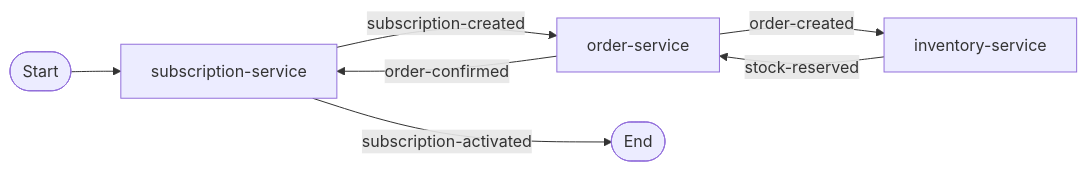
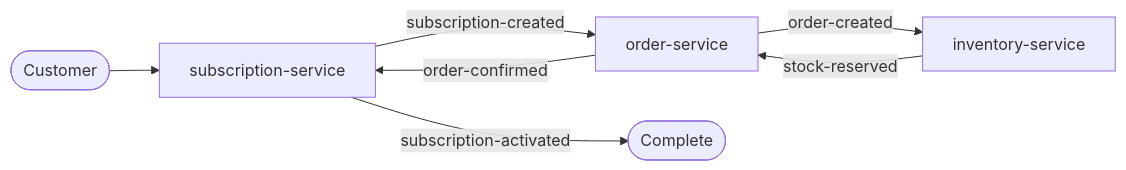
Before and after one commit to filozofira/spas: the diagram in examples/domains/subscription-order/README.md, drawn with Mermaid. The commit also changed 216 other files, not shown here.

````diff
--- a/examples/domains/subscription-order/README.md
+++ b/examples/domains/subscription-order/README.md
@@ -3,9 +3,9 @@
 ```mermaid
 flowchart LR
-    Start([Start]) --> SS[subscription-service]
+    Start([Customer]) --> SS[subscription-service]
     SS -->|subscription-created| OS[order-service]
     OS -->|order-created| IS[inventory-service]
     IS -->|stock-reserved| OS
     OS -->|order-confirmed| SS
-    SS -->|subscription-activated| End([End])
+    SS -->|subscription-activated| End([Complete])
 ```
````
